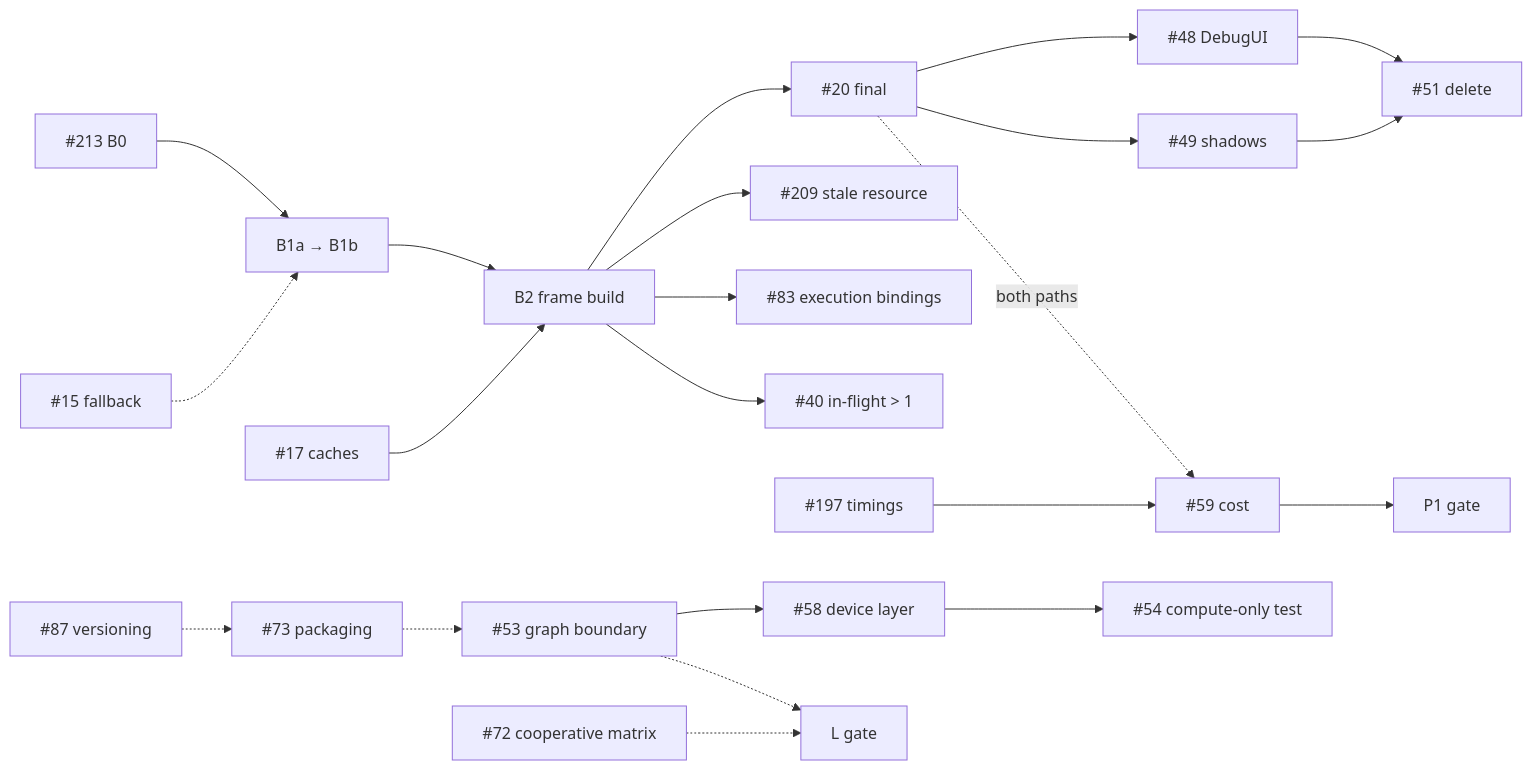
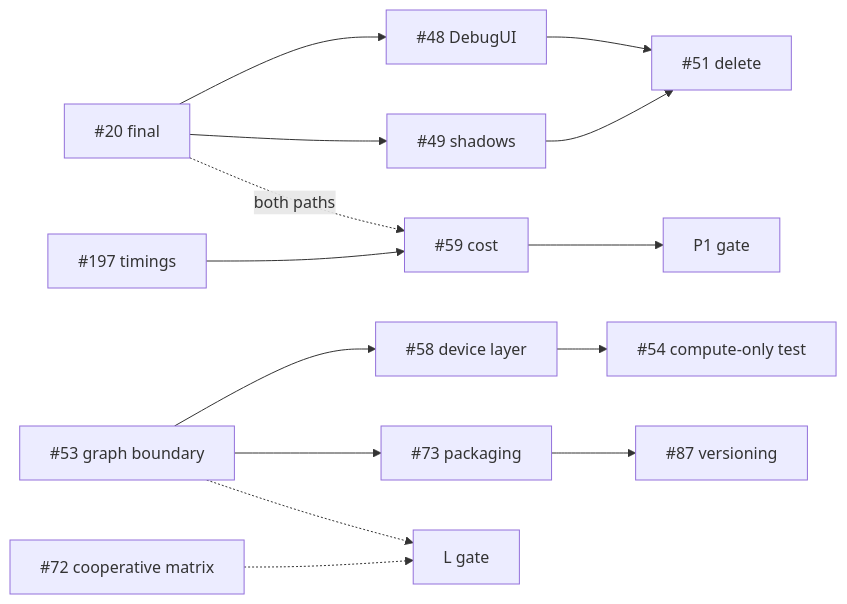
One commit to v3c70r/Muyo changed the fourth of 4 diagrams in docs/Roadmap-Visual.md. Above: the diagram before and after it, drawn with Mermaid. The commit also changed other lines of this file and 3 other files, not shown here.

First line of the commit message:
docs: reconcile the roadmaps and board after B2 (#255)

````diff
--- a/docs/Roadmap-Visual.md
+++ b/docs/Roadmap-Visual.md
@@ -169,22 +169,13 @@
 ```mermaid
 flowchart LR
-    I213["#213 B0"] --> B1["B1a → B1b"]
-    B1 --> B2["B2 frame build"]
-    B2 --> I20["#20 final"]
-    I15["#15 fallback"] -.-> B1
-    I17["#17 caches"] --> B2
-    B2 --> I209["#209 stale resource"]
-    B2 --> I83["#83 execution bindings"]
-    B2 --> I40["#40 in-flight > 1"]
-    I20 --> I48["#48 DebugUI"]
+    I20["#20 final"] --> I48["#48 DebugUI"]
     I20 --> I49["#49 shadows"]
     I48 --> I51["#51 delete"]
     I49 --> I51
     I197["#197 timings"] --> I59["#59 cost"] --> P1G["P1 gate"]
     I20 -. both paths .-> I59
     I53["#53 graph boundary"] --> I58["#58 device layer"] --> I54["#54 compute-only test"]
-    I73["#73 packaging"] -.-> I53
-    I87["#87 versioning"] -.-> I73
-    I72["#72 cooperative matrix"] -.-> LG["L gate"]
-    I53 -.-> LG
+    I53 --> I73["#73 packaging"] --> I87["#87 versioning"]
+    I53 -.-> LG["L gate"]
+    I72["#72 cooperative matrix"] -.-> LG
 ```
````
